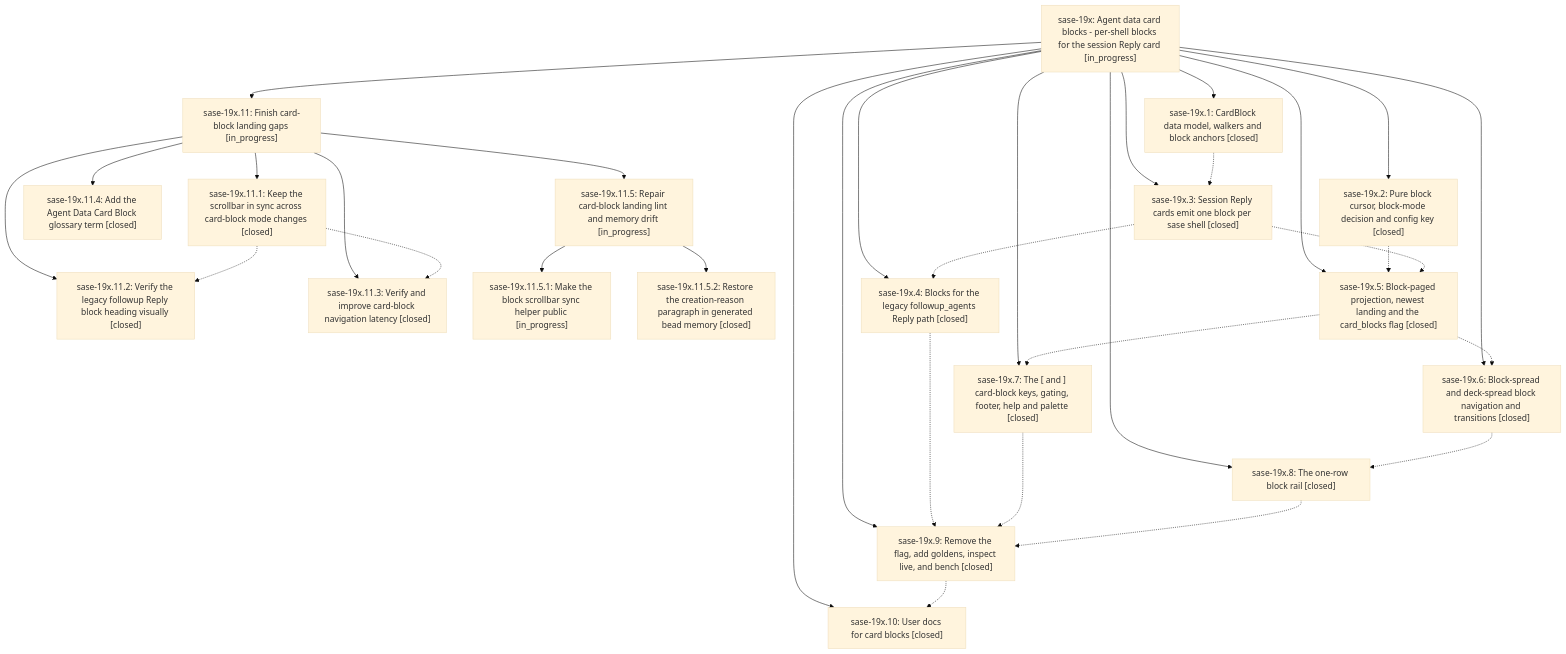
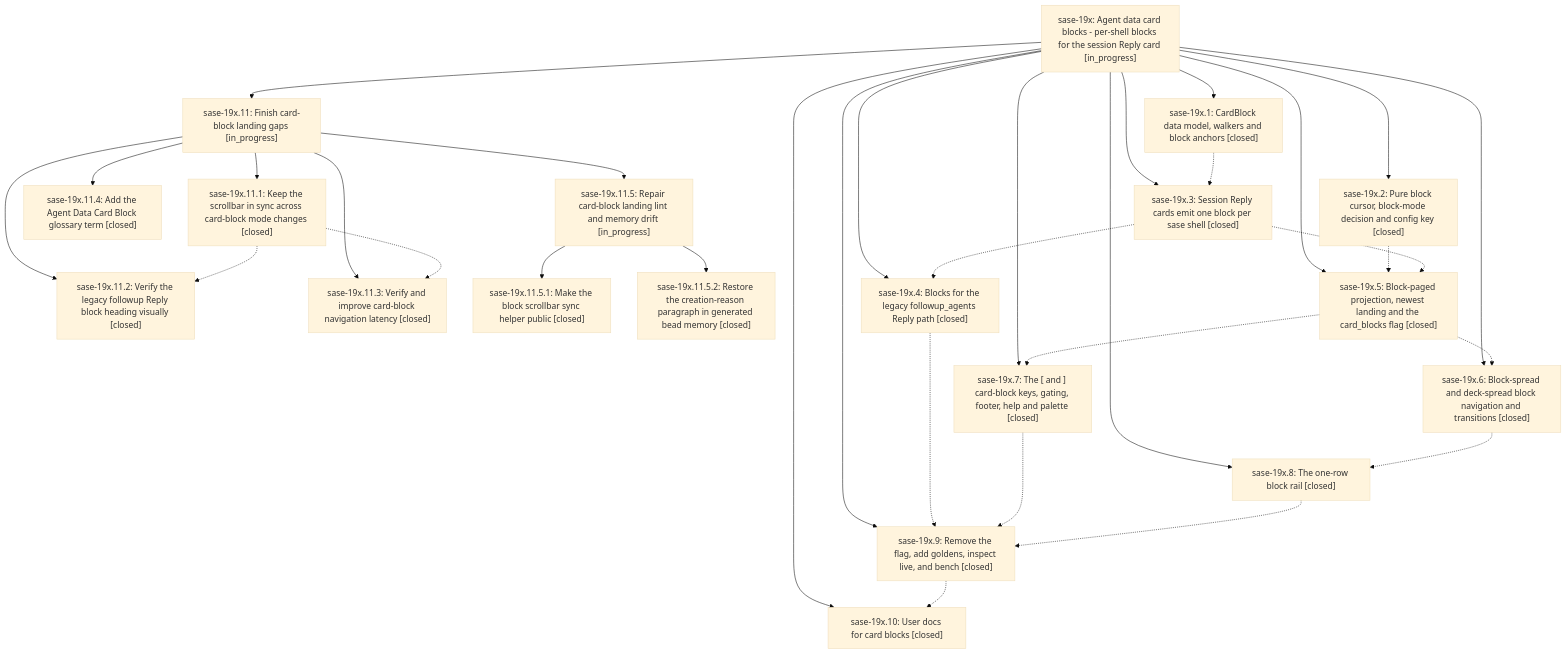
Before and after one commit to sase-org/sase--beads: the diagram in pages/sase-19x/README.md, drawn with Mermaid (base theme). The commit also changed other lines of this file and 2 other files, not shown here.

First line of the commit message:
chore(beads): sync bead state and pages for sase-19x

````diff
--- a/pages/sase-19x/README.md
+++ b/pages/sase-19x/README.md
@@ -82,53 +82,53 @@
 ```mermaid
 flowchart TD
     n0["sase-19x: Agent data card blocks - per-shell blocks for the session Reply card [in_progress]"]
     n1["sase-19x.1: CardBlock data model, walkers and block anchors [closed]"]
     n2["sase-19x.10: User docs for card blocks [closed]"]
     n3["sase-19x.11: Finish card-block landing gaps [in_progress]"]
     n4["sase-19x.11.1: Keep the scrollbar in sync across card-block mode changes [closed]"]
     n5["sase-19x.11.2: Verify the legacy followup Reply block heading visually [closed]"]
     n6["sase-19x.11.3: Verify and improve card-block navigation latency [closed]"]
     n7["sase-19x.11.4: Add the Agent Data Card Block glossary term [closed]"]
     n8["sase-19x.11.5: Repair card-block landing lint and memory drift [in_progress]"]
-    n9["sase-19x.11.5.1: Make the block scrollbar sync helper public [in_progress]"]
+    n9["sase-19x.11.5.1: Make the block scrollbar sync helper public [closed]"]
     n10["sase-19x.11.5.2: Restore the creation-reason paragraph in generated bead memory [closed]"]
     n11["sase-19x.2: Pure block cursor, block-mode decision and config key [closed]"]
     n12["sase-19x.3: Session Reply cards emit one block per sase shell [closed]"]
     n13["sase-19x.4: Blocks for the legacy followup_agents Reply path [closed]"]
     n14["sase-19x.5: Block-paged projection, newest landing and the card_blocks flag [closed]"]
     n15["sase-19x.6: Block-spread and deck-spread block navigation and transitions [closed]"]
     n16["sase-19x.7: The [ and ] card-block keys, gating, footer, help and palette [closed]"]
     n17["sase-19x.8: The one-row block rail [closed]"]
     n18["sase-19x.9: Remove the flag, add goldens, inspect live, and bench [closed]"]
     n0 --> n1
     n0 --> n2
     n0 --> n3
     n3 --> n4
     n3 --> n5
     n3 --> n6
     n3 --> n7
     n3 --> n8
     n8 --> n9
     n8 --> n10
     n0 --> n11
     n0 --> n12
     n0 --> n13
     n0 --> n14
     n0 --> n15
     n0 --> n16
     n0 --> n17
     n0 --> n18
     n1 -.-> n12
     n4 -.-> n5
     n4 -.-> n6
     n11 -.-> n14
     n12 -.-> n13
     n12 -.-> n14
     n13 -.-> n18
     n14 -.-> n15
     n14 -.-> n16
     n15 -.-> n17
     n16 -.-> n18
     n17 -.-> n18
     n18 -.-> n2
 ```
````
